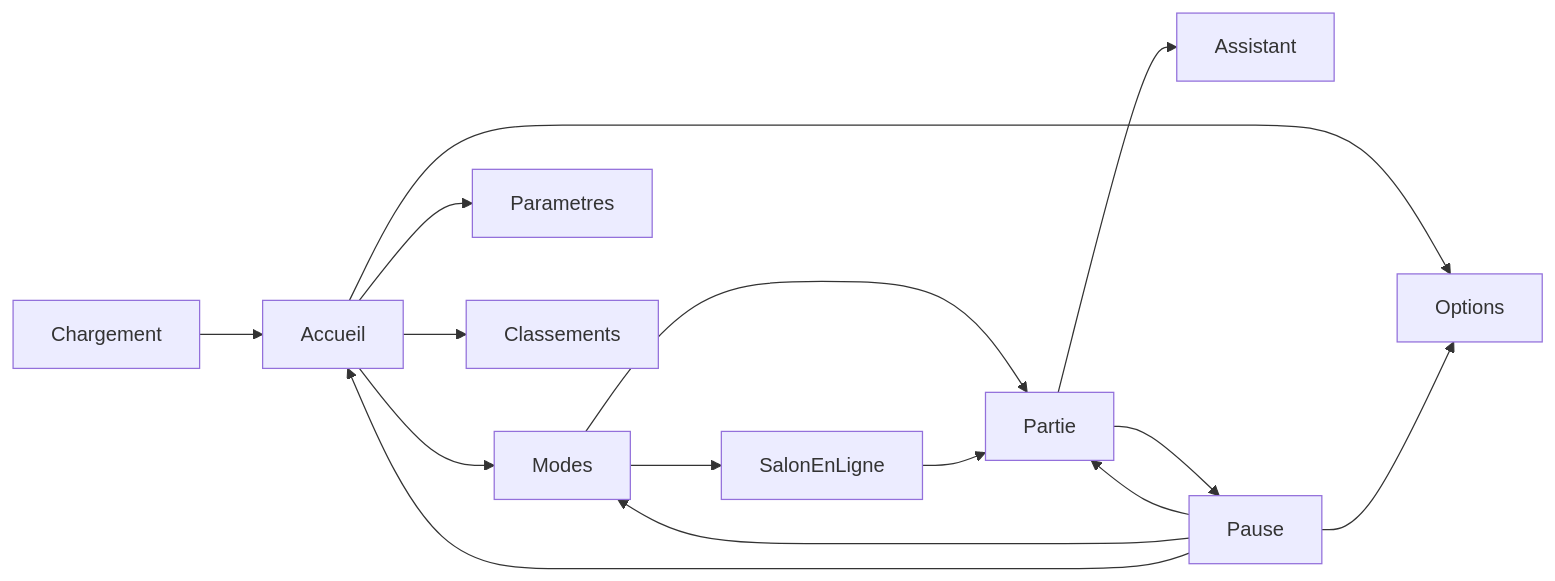
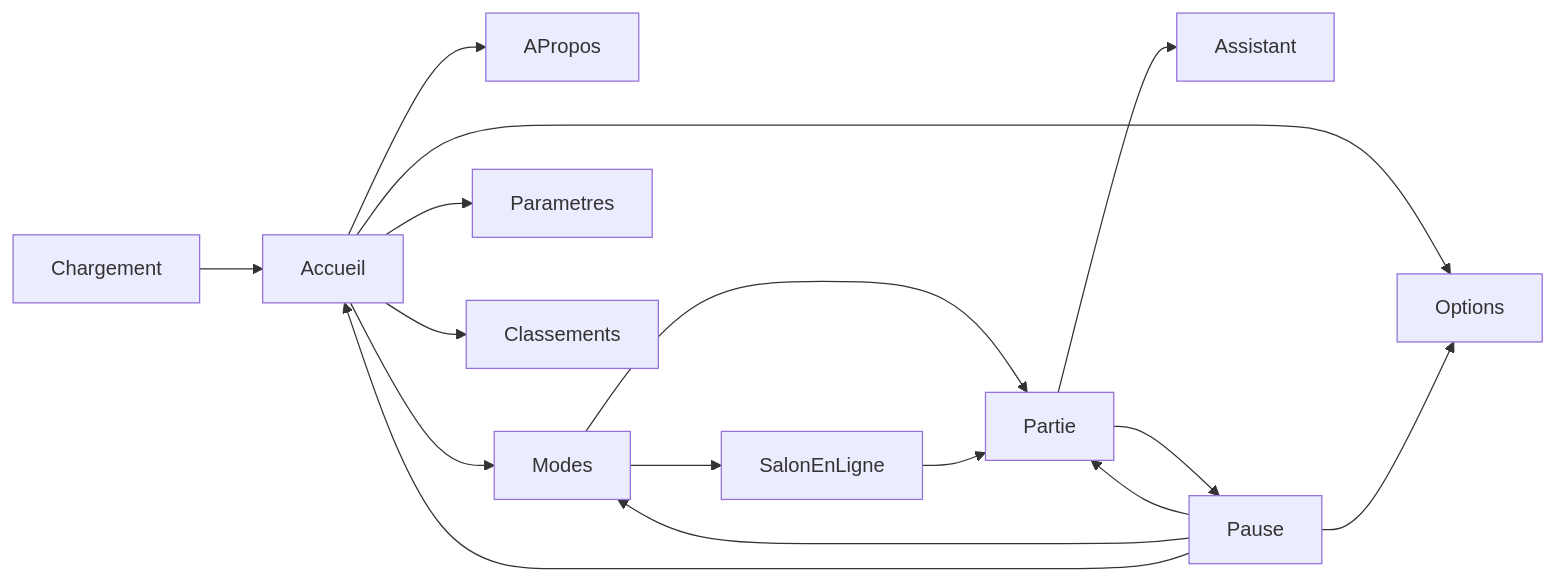
The diagram in docs/maquette-ui.md (naanouff/w3dts-chessmaster), drawn with Mermaid before and after one commit. The commit also changed other lines of this file and 13 other files, not shown here.

````diff
--- a/docs/maquette-ui.md
+++ b/docs/maquette-ui.md
@@ -15,27 +15,29 @@
 ```mermaid
 flowchart LR
   chargement[Chargement]
   accueil[Accueil]
+  propos[APropos]
   modes[Modes]
   salon[SalonEnLigne]
   partie[Partie]
   assistant[Assistant]
   pause[Pause]
   options[Options]
   parametres[Parametres]
   classements[Classements]
   chargement --> accueil
   accueil --> modes
+  accueil --> propos
   accueil --> classements
   accueil --> options
   accueil --> parametres
   modes --> partie
   modes --> salon
   salon --> partie
   partie --> assistant
   partie --> pause
   pause --> partie
   pause --> modes
   pause --> options
   pause --> accueil
 ```
````
